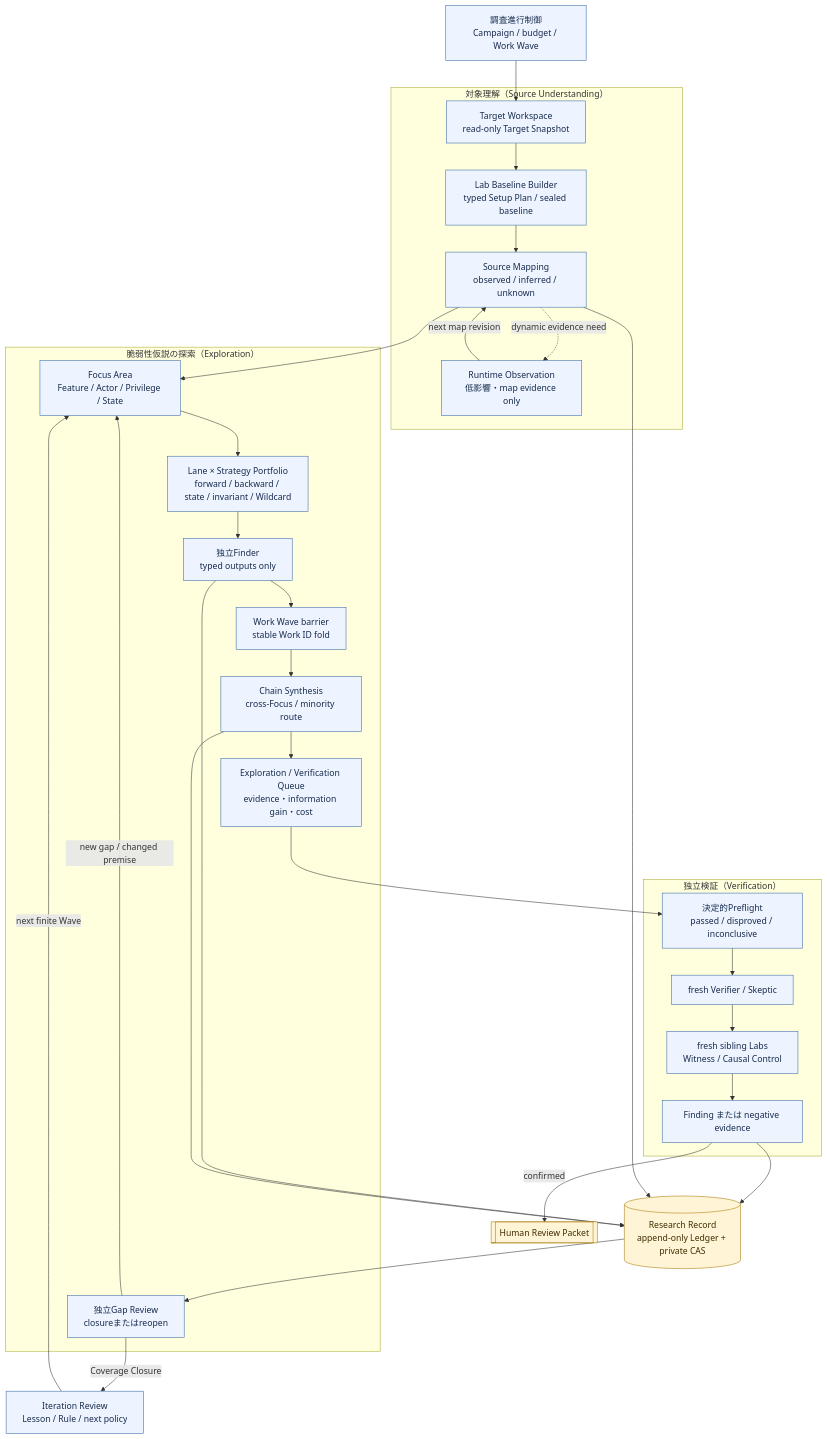
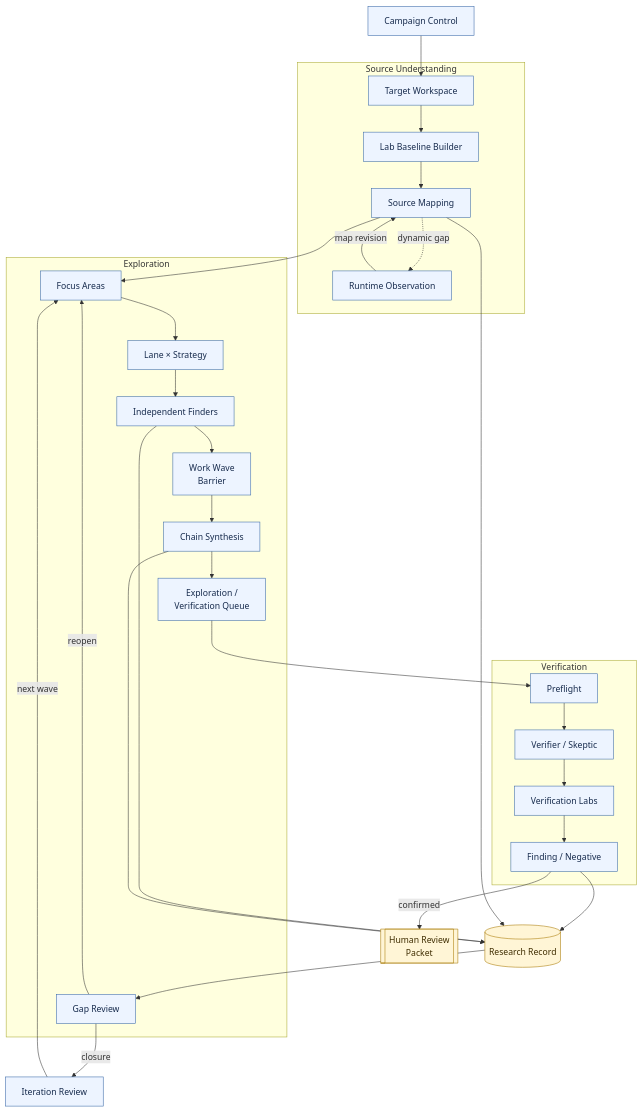
The second of 3 diagrams in docs/design/architecture-overview.md (momoponwork1415-lgtm/wordpress-harness), drawn with Mermaid before and after one commit. The commit also changed other lines of this file and 5 other files, not shown here.

````diff
--- a/docs/design/architecture-overview.md
+++ b/docs/design/architecture-overview.md
@@ -49,55 +51,55 @@
 ```mermaid
 flowchart TB
-    campaign["調査進行制御<br/>Campaign / budget / Work Wave"]
+    campaign["Campaign Control"]
 
-    subgraph understanding["対象理解（Source Understanding）"]
-        workspace["Target Workspace<br/>read-only Target Snapshot"]
-        baseline["Lab Baseline Builder<br/>typed Setup Plan / sealed baseline"]
-        mapping["Source Mapping<br/>observed / inferred / unknown"]
-        observation["Runtime Observation<br/>低影響・map evidence only"]
+    subgraph understanding["Source Understanding"]
+        workspace["Target Workspace"]
+        baseline["Lab Baseline Builder"]
+        mapping["Source Mapping"]
+        observation["Runtime Observation"]
         workspace --> baseline --> mapping
-        mapping -. "dynamic evidence need" .-> observation
-        observation -->|"next map revision"| mapping
+        mapping -. "dynamic gap" .-> observation
+        observation -->|"map revision"| mapping
     end
 
-    subgraph discovery["脆弱性仮説の探索（Exploration）"]
-        focus["Focus Area<br/>Feature / Actor / Privilege / State"]
-        strategy["Lane × Strategy Portfolio<br/>forward / backward / state / invariant / Wildcard"]
-        finders["独立Finder<br/>typed outputs only"]
-        barrier["Work Wave barrier<br/>stable Work ID fold"]
-        chain["Chain Synthesis<br/>cross-Focus / minority route"]
-        queue["Exploration / Verification Queue<br/>evidence・information gain・cost"]
-        gaps["独立Gap Review<br/>closureまたはreopen"]
+    subgraph discovery["Exploration"]
+        focus["Focus Areas"]
+        strategy["Lane × Strategy"]
+        finders["Independent Finders"]
+        barrier["Work Wave<br/>Barrier"]
+        chain["Chain Synthesis"]
+        queue["Exploration /<br/>Verification Queue"]
+        gaps["Gap Review"]
         focus --> strategy --> finders --> barrier --> chain --> queue
-        gaps -->|"new gap / changed premise"| focus
+        gaps -->|"reopen"| focus
     end
 
-    subgraph proof["独立検証（Verification）"]
-        preflight["決定的Preflight<br/>passed / disproved / inconclusive"]
-        verifier["fresh Verifier / Skeptic"]
-        labs["fresh sibling Labs<br/>Witness / Causal Control"]
-        finding["Finding または negative evidence"]
+    subgraph proof["Verification"]
+        preflight["Preflight"]
+        verifier["Verifier / Skeptic"]
+        labs["Verification Labs"]
+        finding["Finding / Negative"]
         preflight --> verifier --> labs --> finding
     end
 
-    record[("Research Record<br/>append-only Ledger + private CAS")]
-    iteration["Iteration Review<br/>Lesson / Rule / next policy"]
-    review[["Human Review Packet"]]
+    record[("Research Record")]
+    iteration["Iteration Review"]
+    review[["Human Review<br/>Packet"]]
 
     campaign --> workspace
     mapping --> focus
     queue --> preflight
     finding --> record
     mapping --> record
     finders --> record
     chain --> record
     record --> gaps
-    gaps -->|"Coverage Closure"| iteration
-    iteration -->|"next finite Wave"| focus
+    gaps -->|"closure"| iteration
+    iteration -->|"next wave"| focus
     finding -->|"confirmed"| review
 
     classDef context fill:#edf4ff,stroke:#3767a6,color:#172b4d;
     classDef durable fill:#fff5d6,stroke:#a87800,color:#3f2d00;
     class campaign,workspace,baseline,mapping,observation,focus,strategy,finders,barrier,chain,queue,gaps,preflight,verifier,labs,finding,iteration context;
     class record,review durable;
 ```
````
